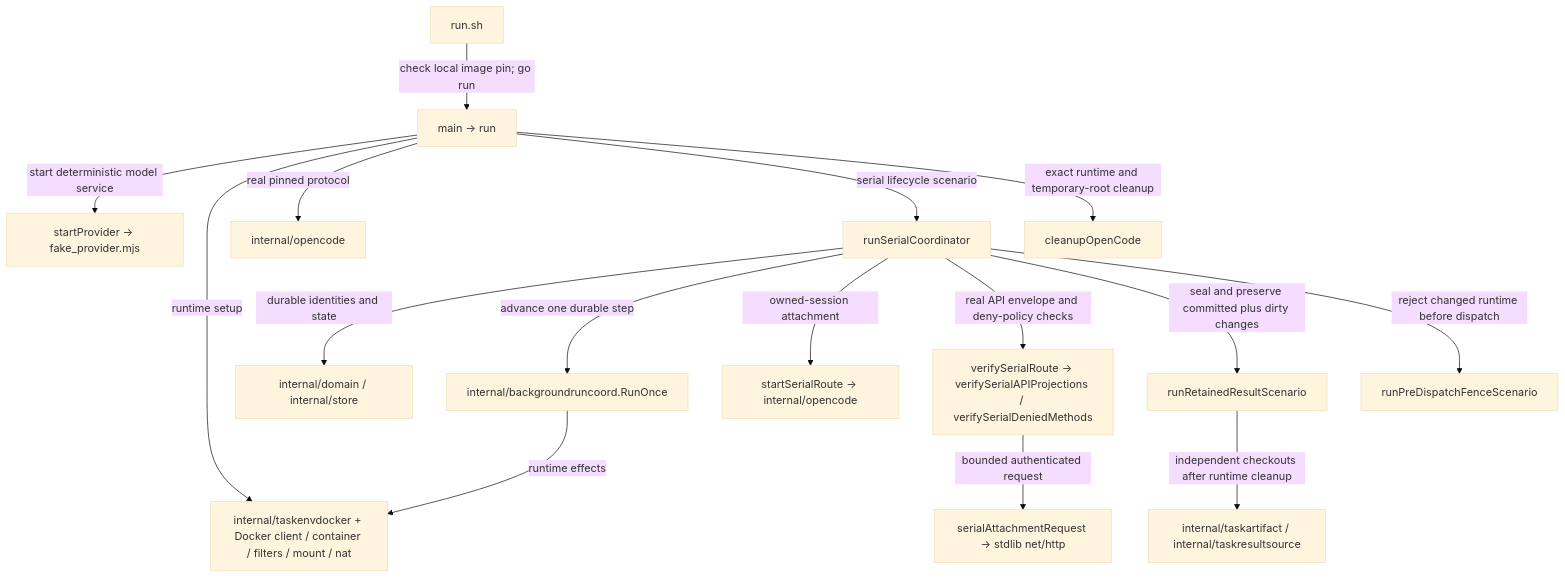
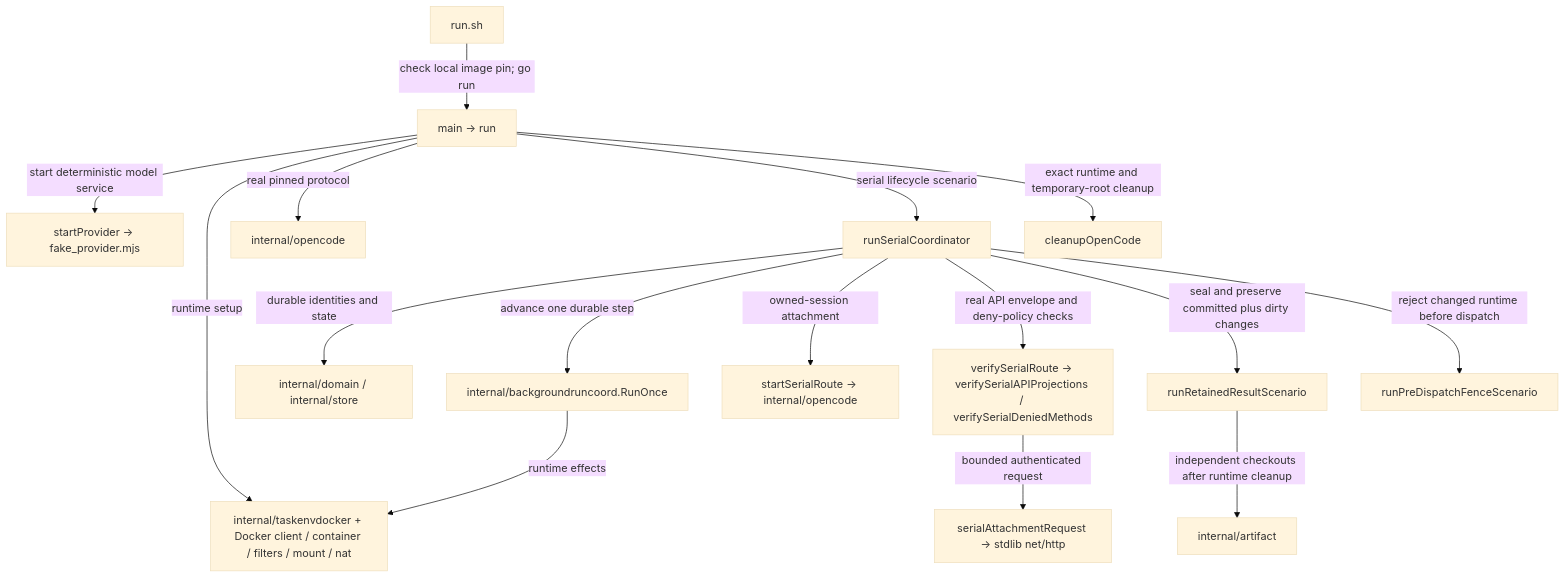
The diagram in integration/background-run-opencode/README.md (nebler/fern), drawn with Mermaid (base theme) before and after one commit. The commit also changed other lines of this file and 25 other files, not shown here.

First line of the commit message:
refactor: merge taskartifact and taskresultsource into internal/artifact

````diff
--- a/integration/background-run-opencode/README.md
+++ b/integration/background-run-opencode/README.md
@@ -13,18 +13,18 @@
 ```mermaid
 flowchart TD
   shell["run.sh"] -->|"check local image pin; go run"| main["main -> run"]
   main -->|"start deterministic model service"| start["startProvider -> fake_provider.mjs"]
   main -->|"runtime setup"| provider["internal/taskenvdocker + Docker client / container / filters / mount / nat"]
   main -->|"real pinned protocol"| protocol["internal/opencode"]
   main -->|"serial lifecycle scenario"| serial["runSerialCoordinator"]
   serial -->|"durable identities and state"| store["internal/domain / internal/store"]
   serial -->|"advance one durable step"| coord["internal/backgroundruncoord.RunOnce"]
   coord -->|"runtime effects"| provider
   serial -->|"owned-session attachment"| route["startSerialRoute -> internal/opencode"]
   serial -->|"real API envelope and deny-policy checks"| attach["verifySerialRoute -> verifySerialAPIProjections / verifySerialDeniedMethods"]
   attach -->|"bounded authenticated request"| req["serialAttachmentRequest -> stdlib net/http"]
   serial -->|"seal and preserve committed plus dirty changes"| retain["runRetainedResultScenario"]
-  retain -->|"independent checkouts after runtime cleanup"| artifact["internal/taskartifact / internal/taskresultsource"]
+  retain -->|"independent checkouts after runtime cleanup"| artifact["internal/artifact"]
   serial -->|"reject changed runtime before dispatch"| fence["runPreDispatchFenceScenario"]
   main -->|"exact runtime and temporary-root cleanup"| cleanup["cleanupOpenCode"]
 ```
````
